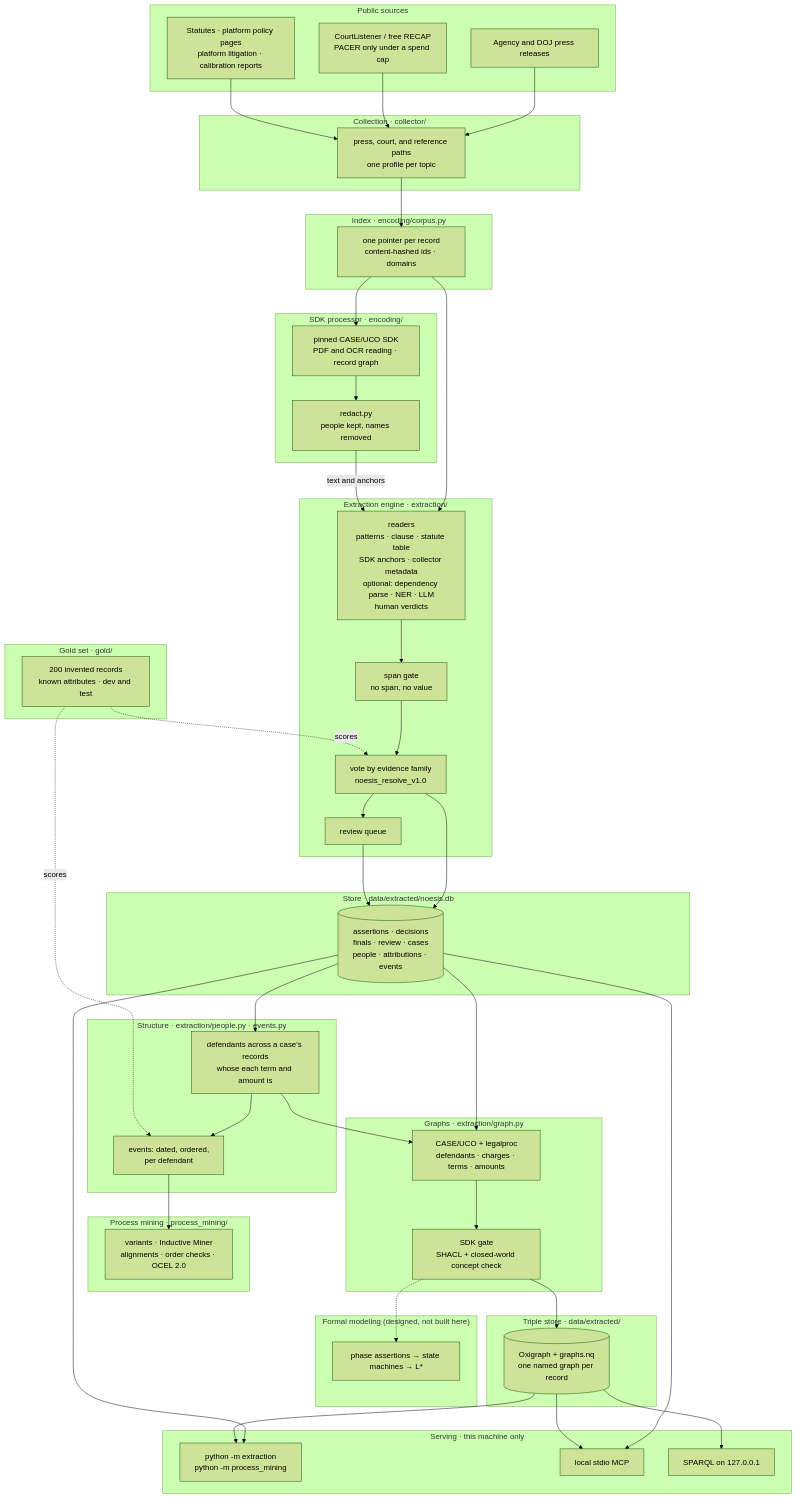
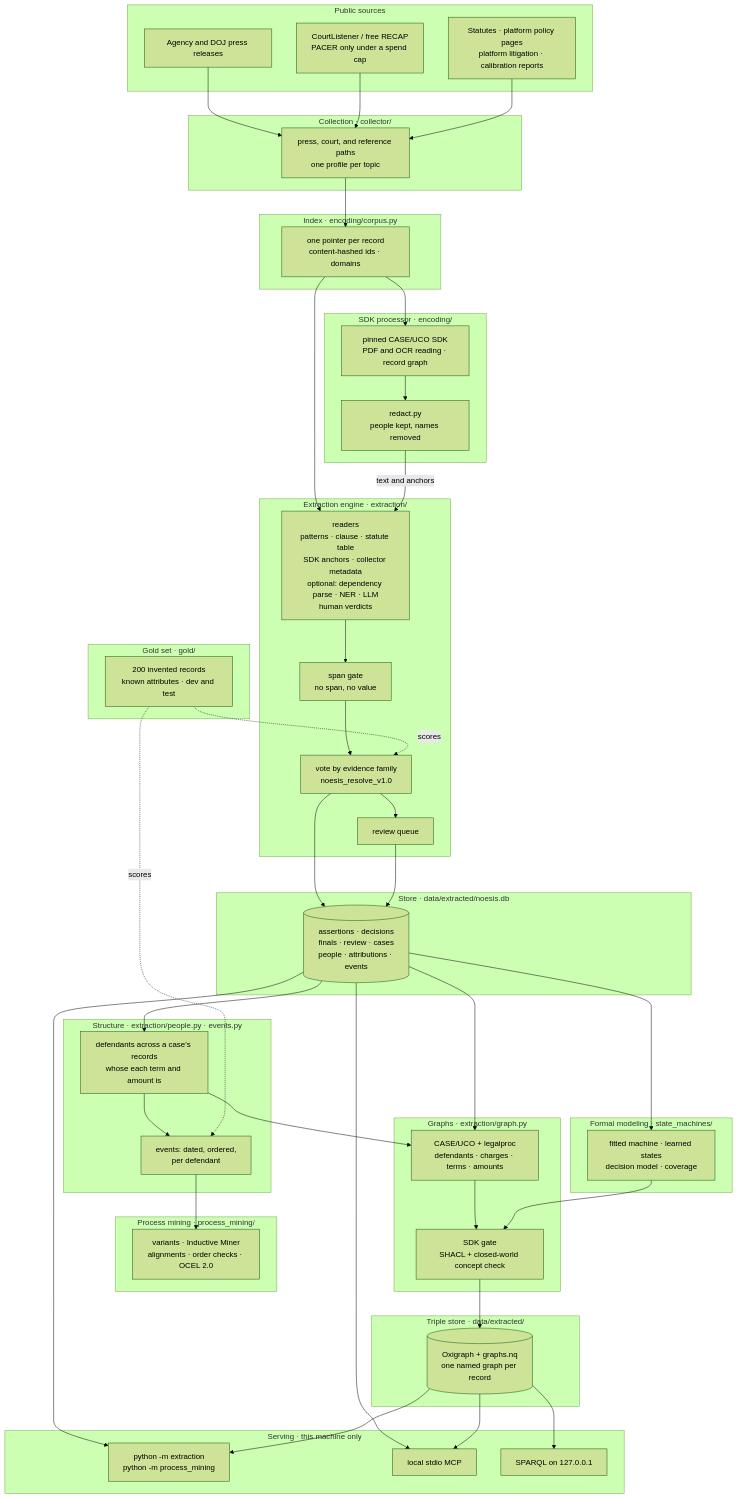
The first of 2 diagrams in Architecture design.md (mrinaalr/CaseNoesis), drawn with Mermaid (forest theme) before and after one commit. The commit also changed other lines of this file and 20 other files, not shown here.

First line of the commit message:
Exploitation State Machine: fitted machine, learned states and their invariance test, a goal-conditioned decision model with its tests, coverage, and graphs in the trajectories and means extensions

````diff
--- a/Architecture design.md
+++ b/Architecture design.md
@@ -98,8 +91,8 @@
     GATE["SDK gate<br/>SHACL + closed-world concept check"]
   end
 
-  subgraph FM["Formal modeling (designed, not built here)"]
-    ESM["phase assertions → state machines → L*"]
+  subgraph FM["Formal modeling · state_machines/"]
+    ESM["fitted machine · learned states<br/>decision model · coverage"]
   end
 
   subgraph TS["Triple store · data/extracted/"]
@@ -132,5 +125,6 @@
   OX --> CLI
   OX --> MCP
   OX --> HTTP
-  GATE -.-> ESM
+  DB --> ESM
+  ESM --> GATE
 ```
````
